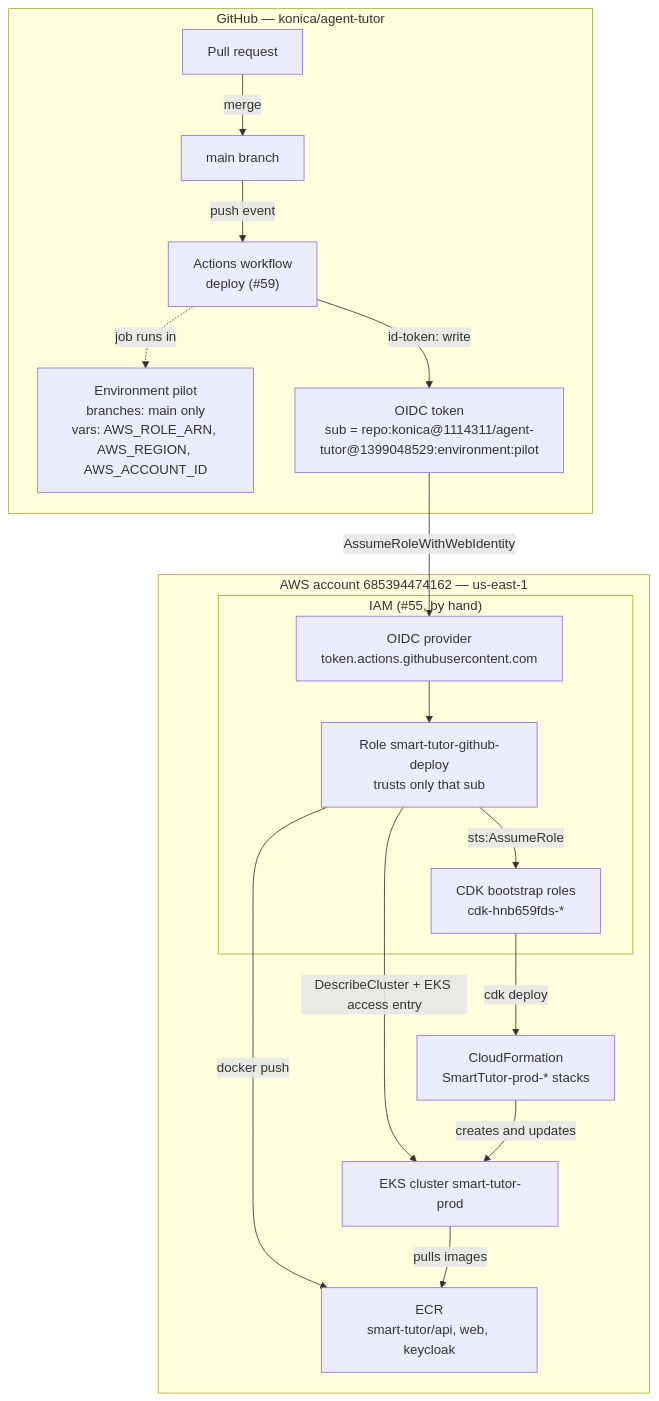
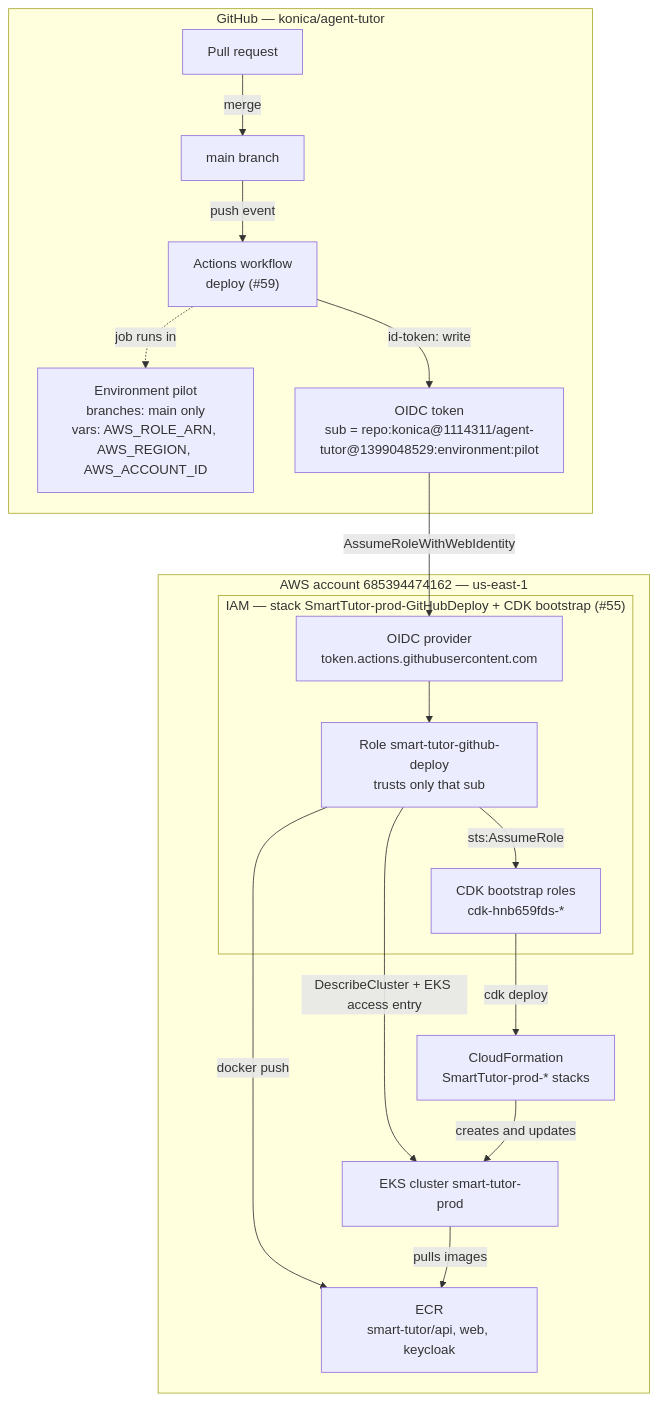
Before and after one commit to konica/agent-tutor: the first of 4 diagrams in docs/runbooks/pilot-environment-overview.md, drawn with Mermaid. The commit also changed other lines of this file and 7 other files, not shown here.

First line of the commit message:
Create the GitHub OIDC provider and deploy role with CDK

````diff
--- a/docs/runbooks/pilot-environment-overview.md
+++ b/docs/runbooks/pilot-environment-overview.md
@@ -9,27 +9,27 @@
 ```mermaid
 flowchart TB
   subgraph GH["GitHub — konica/agent-tutor"]
     PR["Pull request"] -->|merge| MAIN["main branch"]
     MAIN -->|push event| WF["Actions workflow<br/>deploy (#59)"]
     WF -.->|"job runs in"| ENV["Environment pilot<br/>branches: main only<br/>vars: AWS_ROLE_ARN, AWS_REGION, AWS_ACCOUNT_ID"]
     WF -->|"id-token: write"| TOK["OIDC token<br/>sub = repo:konica@1114311/agent-tutor@1399048529:environment:pilot"]
   end
 
   subgraph AWS["AWS account 685394474162 — us-east-1"]
-    subgraph IAM["IAM (#55, by hand)"]
+    subgraph IAM["IAM — stack SmartTutor-prod-GitHubDeploy + CDK bootstrap (#55)"]
       OIDC["OIDC provider<br/>token.actions.githubusercontent.com"]
       ROLE["Role smart-tutor-github-deploy<br/>trusts only that sub"]
       CDKR["CDK bootstrap roles<br/>cdk-hnb659fds-*"]
     end
     CFN["CloudFormation<br/>SmartTutor-prod-* stacks"]
     ECR["ECR<br/>smart-tutor/api, web, keycloak"]
     EKS["EKS cluster smart-tutor-prod"]
   end
 
   TOK -->|"AssumeRoleWithWebIdentity"| OIDC --> ROLE
   ROLE -->|"sts:AssumeRole"| CDKR -->|"cdk deploy"| CFN
   ROLE -->|"docker push"| ECR
   ROLE -->|"DescribeCluster + EKS access entry"| EKS
   CFN -->|creates and updates| EKS
   EKS -->|pulls images| ECR
 ```
````
